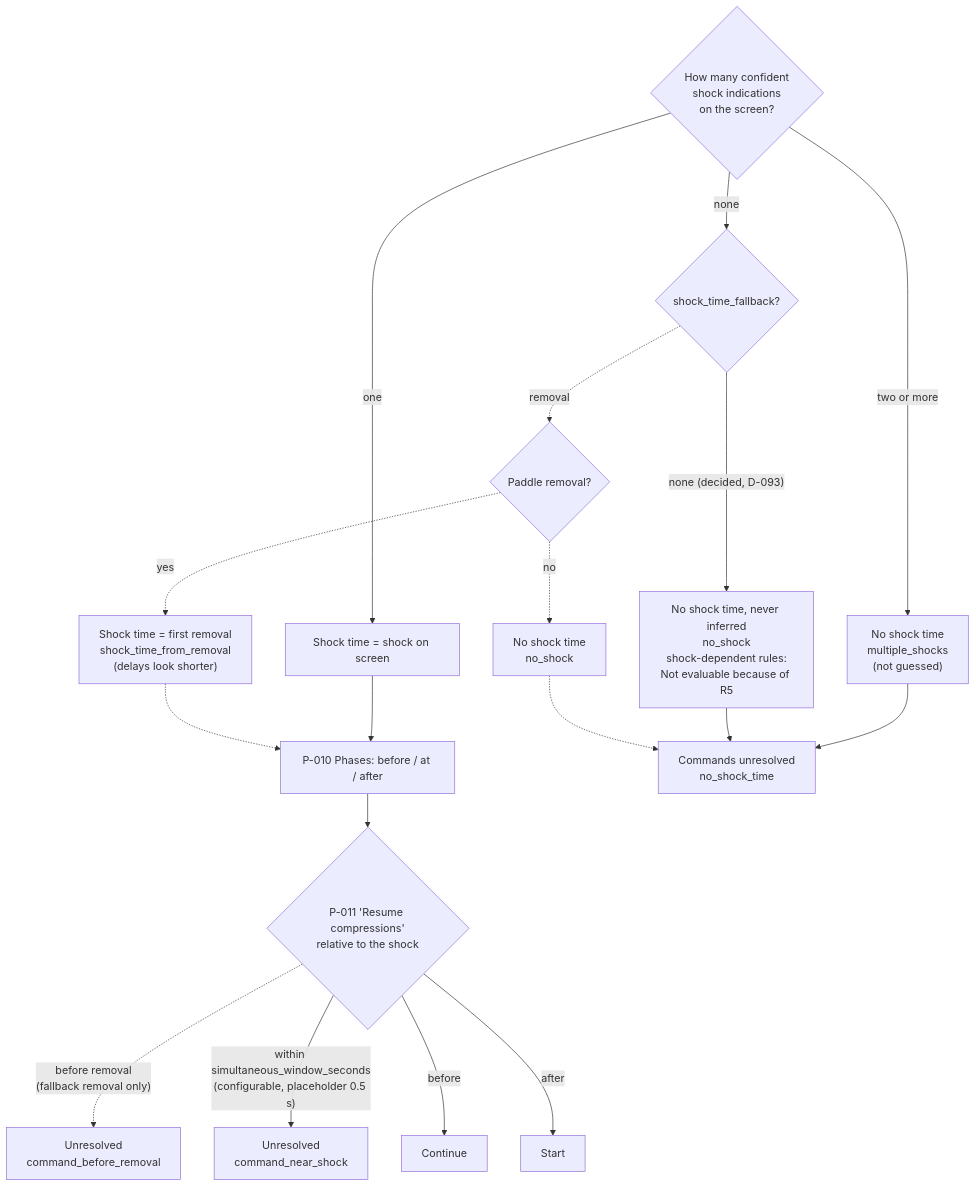
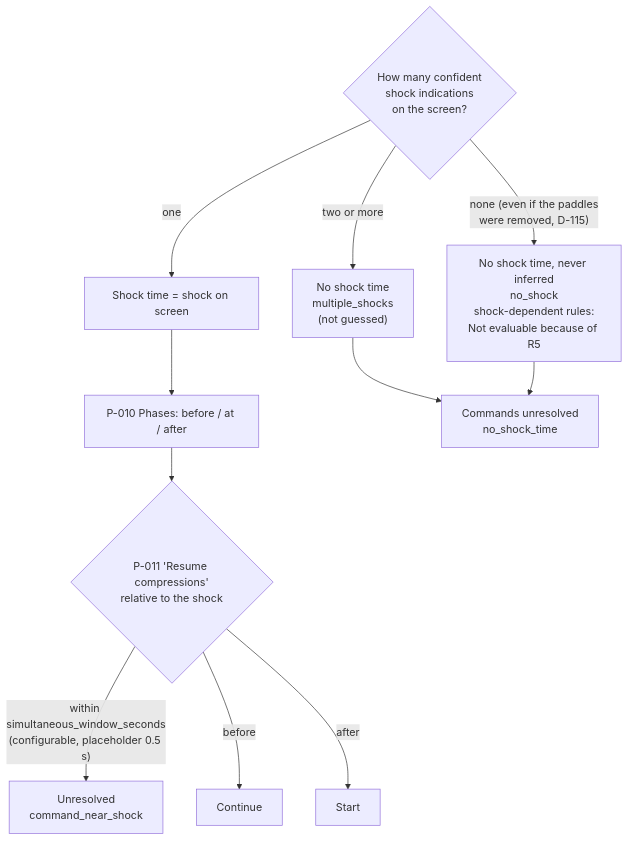
The fifth of 16 diagrams in docs/rule_engine/diagrams.md (ananthu65/defibrillator_research), drawn with Mermaid before and after one commit. The commit also changed other lines of this file and 33 other files, not shown here.

First line of the commit message:
fix(rules): remove every paddle-removal-implies-shock inference (D-115)

````diff
--- a/docs/rule_engine/diagrams.md
+++ b/docs/rule_engine/diagrams.md
@@ -103,20 +103,13 @@
 ```mermaid
 flowchart TD
     S0{"How many confident<br/>shock indications<br/>on the screen?"} -->|two or more| N1["No shock time<br/>multiple_shocks<br/>(not guessed)"]
     S0 -->|one| T1["Shock time = shock on screen"]
-    S0 -->|none| F{"shock_time_fallback?"}
-    F -->|"none (decided, D-093)"| N0["No shock time, never inferred<br/>no_shock<br/>shock-dependent rules:<br/>Not evaluable because of R5"]
-    F -.->|removal| R{"Paddle removal?"}
-    R -.->|yes| T2["Shock time = first removal<br/>shock_time_from_removal<br/>(delays look shorter)"]
-    R -.->|no| N2["No shock time<br/>no_shock"]
+    S0 -->|"none (even if the paddles<br/>were removed, D-115)"| N0["No shock time, never inferred<br/>no_shock<br/>shock-dependent rules:<br/>Not evaluable because of R5"]
     T1 --> PH["P-010 Phases: before / at / after"]
-    T2 -.-> PH
     PH --> CR{"P-011 'Resume compressions'<br/>relative to the shock"}
-    CR -.->|"before removal<br/>(fallback removal only)"| UR1["Unresolved<br/>command_before_removal"]
     CR -->|"within simultaneous_window_seconds<br/>(configurable, placeholder 0.5 s)"| UR2["Unresolved<br/>command_near_shock"]
     CR -->|before| CO["Continue"]
     CR -->|after| ST["Start"]
     N1 --> UR3["Commands unresolved<br/>no_shock_time"]
     N0 --> UR3
-    N2 -.-> UR3
 ```
````
